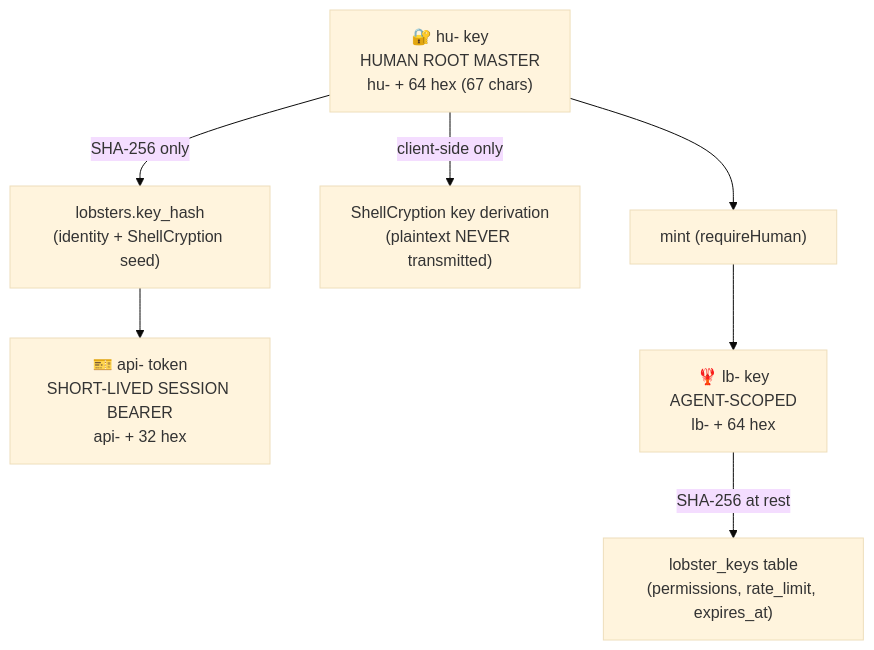
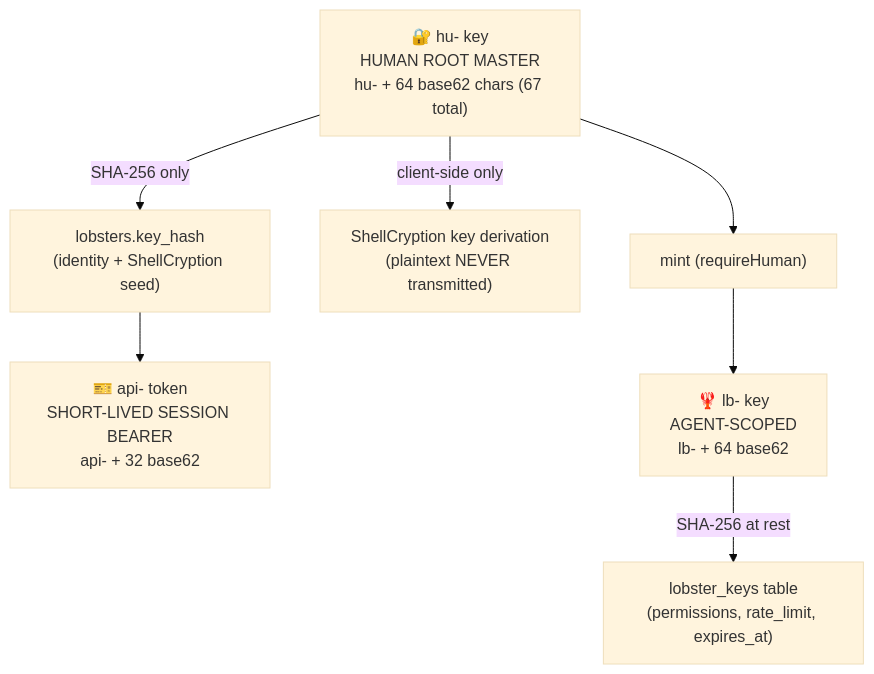
The diagram in project/key-hierarchy-spec.md (ClawStackStudios/ShellGuard), drawn with Mermaid (base theme) before and after one commit. The commit also changed 12 other files, not shown here.

````diff
--- a/project/key-hierarchy-spec.md
+++ b/project/key-hierarchy-spec.md
@@ -10,12 +10,12 @@
 ```mermaid
 flowchart TD
-    HU["🔐 hu- key<br/>HUMAN ROOT MASTER<br/>hu- + 64 hex (67 chars)"]
+    HU["🔐 hu- key<br/>HUMAN ROOT MASTER<br/>hu- + 64 base62 chars (67 total)"]
     HU -->|"SHA-256 only"| AUTH["lobsters.key_hash<br/>(identity + ShellCryption seed)"]
     HU -->|"client-side only"| SC["ShellCryption key derivation<br/>(plaintext NEVER transmitted)"]
 
-    AUTH --> TOKEN["🎫 api- token<br/>SHORT-LIVED SESSION BEARER<br/>api- + 32 hex"]
+    AUTH --> TOKEN["🎫 api- token<br/>SHORT-LIVED SESSION BEARER<br/>api- + 32 base62"]
 
     HU --> MINT["mint (requireHuman)"]
-    MINT --> LB["🦞 lb- key<br/>AGENT-SCOPED<br/>lb- + 64 hex"]
+    MINT --> LB["🦞 lb- key<br/>AGENT-SCOPED<br/>lb- + 64 base62"]
     LB -->|"SHA-256 at rest"| KEYS["lobster_keys table<br/>(permissions, rate_limit, expires_at)"]
 ```
````
